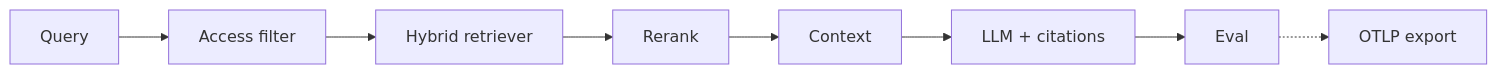
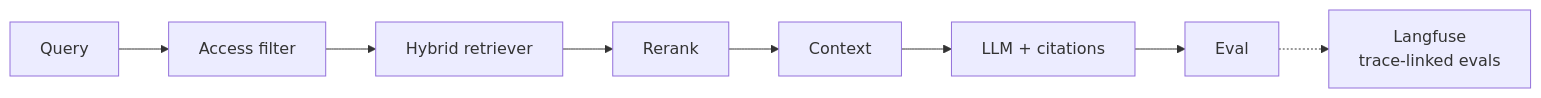
The diagram in case-studies/enterprise-rag-platform.md (vpeetla-ai/ai-architecture-portfolio), drawn with Mermaid before and after one commit. The commit also changed other lines of this file and 4 other files, not shown here.

````diff
--- a/case-studies/enterprise-rag-platform.md
+++ b/case-studies/enterprise-rag-platform.md
@@ -18,6 +18,6 @@
 ```mermaid
 flowchart LR
     Q[Query] --> AF[Access filter] --> RET[Hybrid retriever] --> RR[Rerank]
     RR --> CTX[Context] --> LLM[LLM + citations] --> EV[Eval]
-    EV -.-> OTLP[OTLP export]
+    EV -.-> LF[Langfuse<br/>trace-linked evals]
 ```
````
